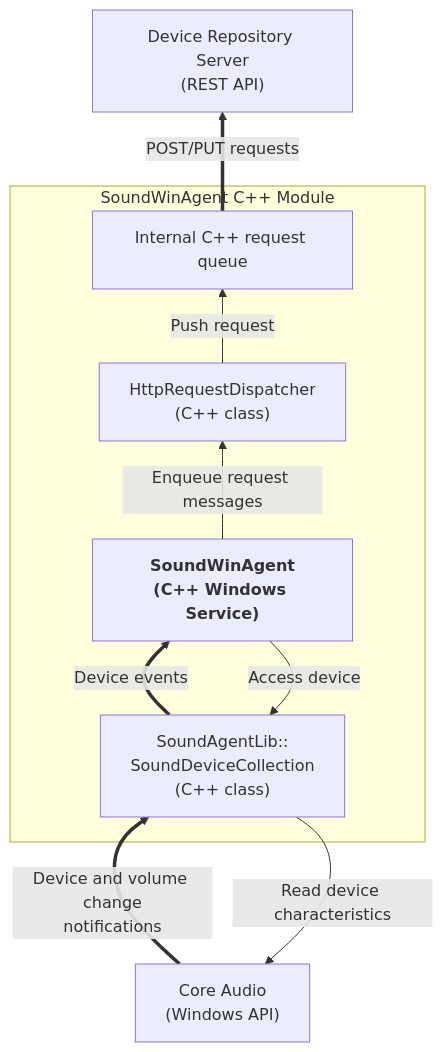
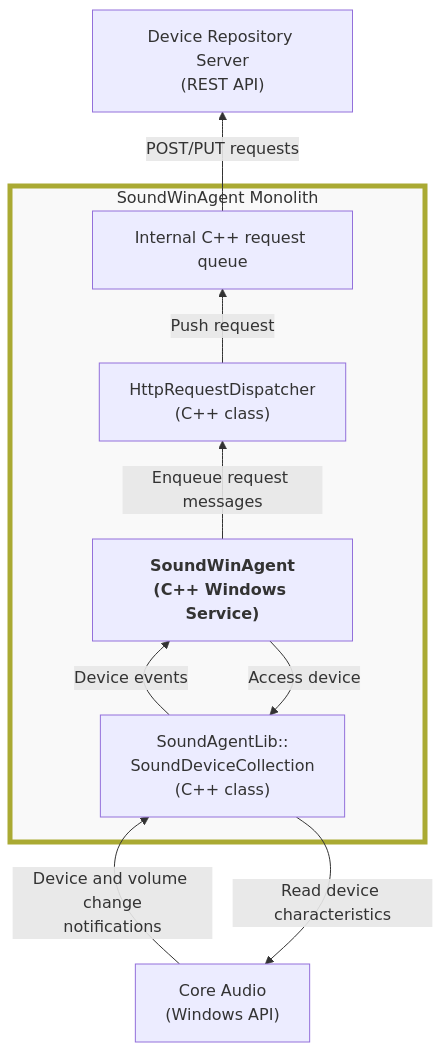
The diagram in docs/module-interaction02-pred00.mmd (collect-sound-devices/win-sound-scanner-go), drawn with Mermaid before and after one commit. The commit also changed 2 other files, not shown here.

Commit message:
enhance consistency in module interaction diagrams

```diff
--- a/docs/module-interaction02-pred00.mmd
+++ b/docs/module-interaction02-pred00.mmd
@@ -1,24 +1,27 @@
 flowchart BT
+
+classDef stressedBox fill:#f0f0f0,fill-opacity:0.4,stroke-width:5px;
 
 coreAudioApi["Core Audio<br>(Windows API)"]
 
-subgraph soundWinAgentModule["SoundWinAgent C++ Module"]
+subgraph soundWinAgentModule["SoundWinAgent Monolith"]
     soundDeviceCollection["SoundAgentLib::<br>SoundDeviceCollection<br>(C++ class)"]
     httpRequestDispatcher["HttpRequestDispatcher<br>(C++ class)"]
 
     soundWinAgentService["<b>SoundWinAgent<br>(C++ Windows Service)</b>"]
     internalCppRequestQueue["Internal C++ request queue"]
 
     soundWinAgentService --> |Enqueue request messages| httpRequestDispatcher
 end
+class soundWinAgentModule stressedBox
 
-coreAudioApi ==> |Device and volume change<br>notifications| soundDeviceCollection
+coreAudioApi --> |Device and volume change<br>notifications| soundDeviceCollection
 soundDeviceCollection --> |Read device characteristics| coreAudioApi
 
 deviceRepositoryApi["Device Repository Server<br>(REST API)"]
 
 soundWinAgentService --> |Access device| soundDeviceCollection
-soundDeviceCollection ==> |Device events| soundWinAgentService
+soundDeviceCollection --> |Device events| soundWinAgentService
 
 httpRequestDispatcher --> |Push request| internalCppRequestQueue
-internalCppRequestQueue ==> |POST/PUT requests| deviceRepositoryApi
+internalCppRequestQueue --> |POST/PUT requests| deviceRepositoryApi
```
